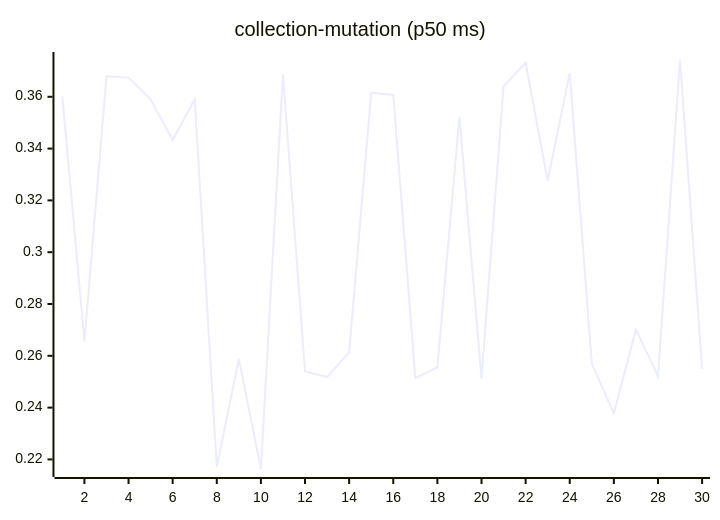
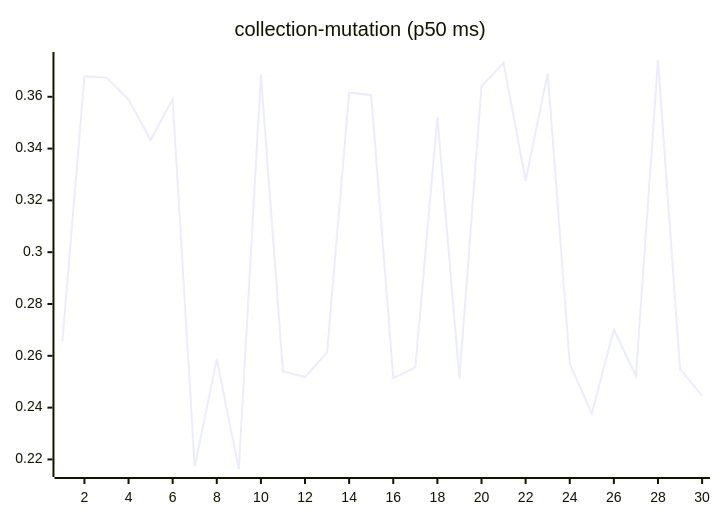
Before and after one commit to josha/Facet: the sixth of 27 diagrams in README.md, drawn with Mermaid. The commit also changed other lines of this file and 2 other files, not shown here.

````diff
--- a/README.md
+++ b/README.md
@@ -98,6 +98,6 @@
 ```mermaid
 xychart-beta
     title "collection-mutation (p50 ms)"
     x-axis 1 --> 30
-    line [0.3601, 0.2657, 0.3679, 0.3674, 0.3590, 0.3433, 0.3590, 0.2171, 0.2588, 0.2163, 0.3686, 0.2540, 0.2518, 0.2613, 0.3616, 0.3607, 0.2514, 0.2555, 0.3523, 0.2512, 0.3640, 0.3731, 0.3276, 0.3692, 0.2569, 0.2378, 0.2701, 0.2522, 0.3742, 0.2549]
+    line [0.2657, 0.3679, 0.3674, 0.3590, 0.3433, 0.3590, 0.2171, 0.2588, 0.2163, 0.3686, 0.2540, 0.2518, 0.2613, 0.3616, 0.3607, 0.2514, 0.2555, 0.3523, 0.2512, 0.3640, 0.3731, 0.3276, 0.3692, 0.2569, 0.2378, 0.2701, 0.2522, 0.3742, 0.2549, 0.2445]
 ```
````
